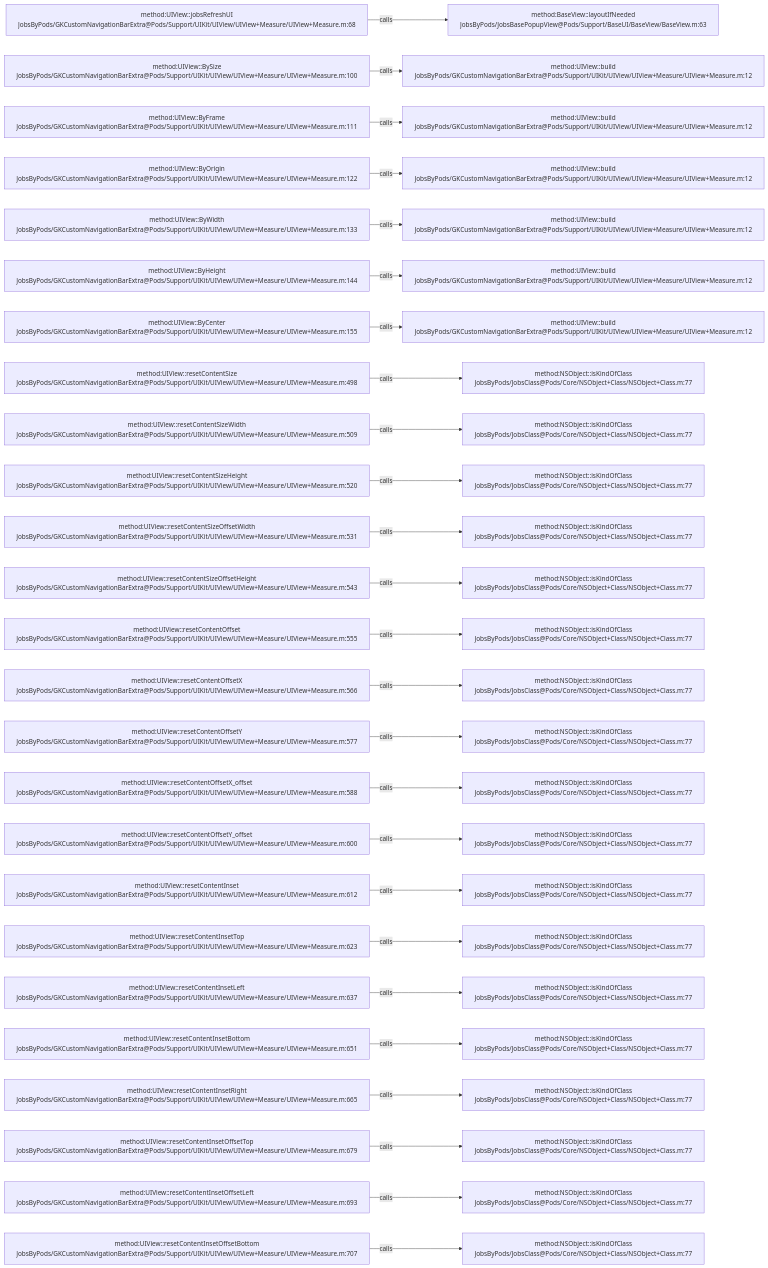
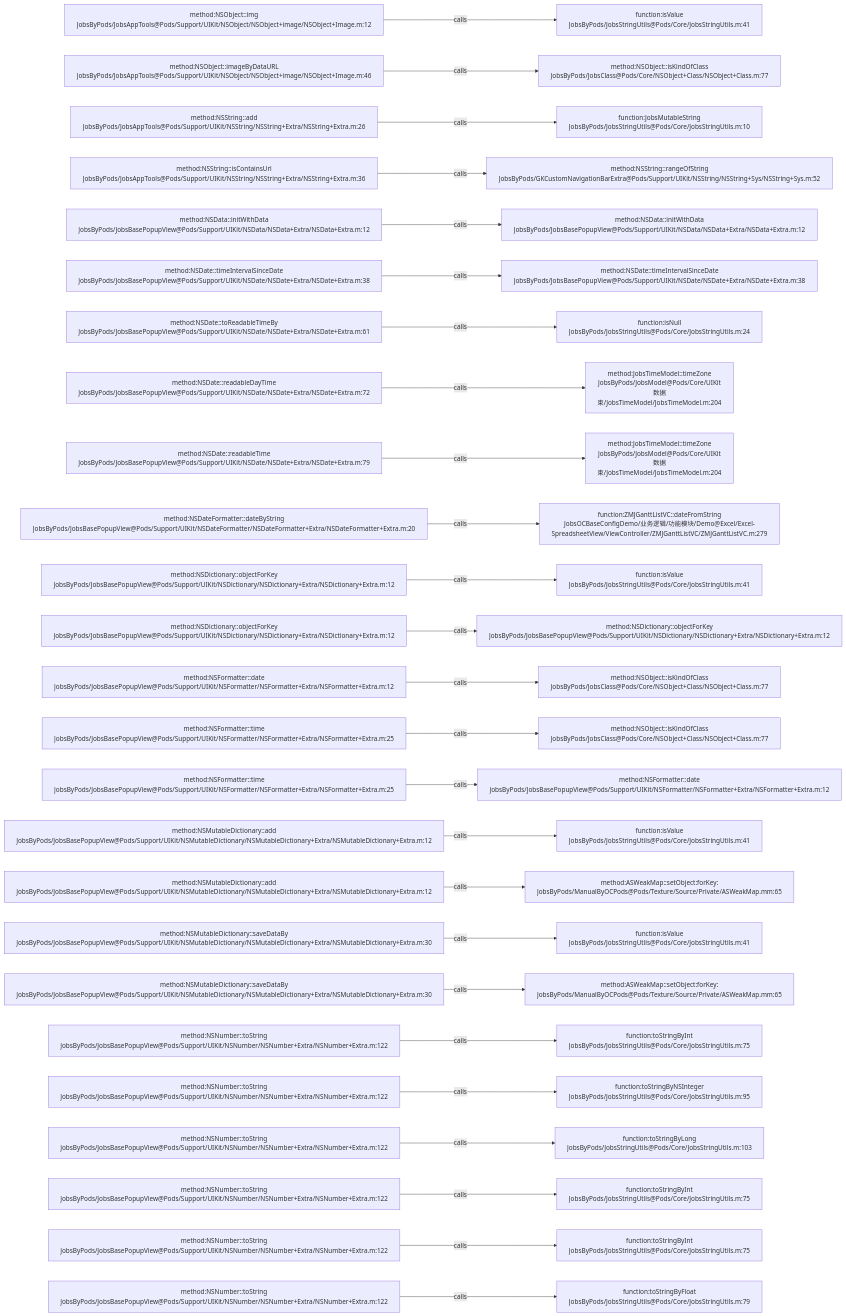
Before and after one commit to JobsKits/JobsOCBaseConfigDemo: the diagram in .codegraph/codegraph.md/graphs/calls-009.md, drawn with Mermaid. The commit also changed 573 other files, not shown here.

````diff
--- a/.codegraph/codegraph.md/graphs/calls-009.md
+++ b/.codegraph/codegraph.md/graphs/calls-009.md
@@ -13,78 +13,78 @@
 ```mermaid
 flowchart LR
-  S1["method:UIView::jobsRefreshUI<br/>JobsByPods/GKCustomNavigationBarExtra@Pods/Support/UIKit/UIView/UIView+Measure/UIView+Measure.m:68"]
-  T1["method:BaseView::layoutIfNeeded<br/>JobsByPods/JobsBasePopupView@Pods/Support/BaseUI/BaseView/BaseView.m:63"]
+  S1["method:NSObject::img<br/>JobsByPods/JobsAppTools@Pods/Support/UIKit/NSObject/NSObject+image/NSObject+Image.m:12"]
+  T1["function:isValue<br/>JobsByPods/JobsStringUtils@Pods/Core/JobsStringUtils.m:41"]
   S1 -->|calls| T1
-  S2["method:UIView::BySize<br/>JobsByPods/GKCustomNavigationBarExtra@Pods/Support/UIKit/UIView/UIView+Measure/UIView+Measure.m:100"]
-  T2["method:UIView::build<br/>JobsByPods/GKCustomNavigationBarExtra@Pods/Support/UIKit/UIView/UIView+Measure/UIView+Measure.m:12"]
+  S2["method:NSObject::imageByDataURL<br/>JobsByPods/JobsAppTools@Pods/Support/UIKit/NSObject/NSObject+image/NSObject+Image.m:46"]
+  T2["method:NSObject::isKindOfClass<br/>JobsByPods/JobsClass@Pods/Core/NSObject+Class/NSObject+Class.m:77"]
   S2 -->|calls| T2
-  S3["method:UIView::ByFrame<br/>JobsByPods/GKCustomNavigationBarExtra@Pods/Support/UIKit/UIView/UIView+Measure/UIView+Measure.m:111"]
-  T3["method:UIView::build<br/>JobsByPods/GKCustomNavigationBarExtra@Pods/Support/UIKit/UIView/UIView+Measure/UIView+Measure.m:12"]
+  S3["method:NSString::add<br/>JobsByPods/JobsAppTools@Pods/Support/UIKit/NSString/NSString+Extra/NSString+Extra.m:26"]
+  T3["function:JobsMutableString<br/>JobsByPods/JobsStringUtils@Pods/Core/JobsStringUtils.m:10"]
   S3 -->|calls| T3
-  S4["method:UIView::ByOrigin<br/>JobsByPods/GKCustomNavigationBarExtra@Pods/Support/UIKit/UIView/UIView+Measure/UIView+Measure.m:122"]
-  T4["method:UIView::build<br/>JobsByPods/GKCustomNavigationBarExtra@Pods/Support/UIKit/UIView/UIView+Measure/UIView+Measure.m:12"]
+  S4["method:NSString::isContainsUrl<br/>JobsByPods/JobsAppTools@Pods/Support/UIKit/NSString/NSString+Extra/NSString+Extra.m:36"]
+  T4["method:NSString::rangeOfString<br/>JobsByPods/GKCustomNavigationBarExtra@Pods/Support/UIKit/NSString/NSString+Sys/NSString+Sys.m:52"]
   S4 -->|calls| T4
-  S5["method:UIView::ByWidth<br/>JobsByPods/GKCustomNavigationBarExtra@Pods/Support/UIKit/UIView/UIView+Measure/UIView+Measure.m:133"]
-  T5["method:UIView::build<br/>JobsByPods/GKCustomNavigationBarExtra@Pods/Support/UIKit/UIView/UIView+Measure/UIView+Measure.m:12"]
+  S5["method:NSData::initWithData<br/>JobsByPods/JobsBasePopupView@Pods/Support/UIKit/NSData/NSData+Extra/NSData+Extra.m:12"]
+  T5["method:NSData::initWithData<br/>JobsByPods/JobsBasePopupView@Pods/Support/UIKit/NSData/NSData+Extra/NSData+Extra.m:12"]
   S5 -->|calls| T5
-  S6["method:UIView::ByHeight<br/>JobsByPods/GKCustomNavigationBarExtra@Pods/Support/UIKit/UIView/UIView+Measure/UIView+Measure.m:144"]
-  T6["method:UIView::build<br/>JobsByPods/GKCustomNavigationBarExtra@Pods/Support/UIKit/UIView/UIView+Measure/UIView+Measure.m:12"]
+  S6["method:NSDate::timeIntervalSinceDate<br/>JobsByPods/JobsBasePopupView@Pods/Support/UIKit/NSDate/NSDate+Extra/NSDate+Extra.m:38"]
+  T6["method:NSDate::timeIntervalSinceDate<br/>JobsByPods/JobsBasePopupView@Pods/Support/UIKit/NSDate/NSDate+Extra/NSDate+Extra.m:38"]
   S6 -->|calls| T6
-  S7["method:UIView::ByCenter<br/>JobsByPods/GKCustomNavigationBarExtra@Pods/Support/UIKit/UIView/UIView+Measure/UIView+Measure.m:155"]
-  T7["method:UIView::build<br/>JobsByPods/GKCustomNavigationBarExtra@Pods/Support/UIKit/UIView/UIView+Measure/UIView+Measure.m:12"]
+  S7["method:NSDate::toReadableTimeBy<br/>JobsByPods/JobsBasePopupView@Pods/Support/UIKit/NSDate/NSDate+Extra/NSDate+Extra.m:61"]
+  T7["function:isNull<br/>JobsByPods/JobsStringUtils@Pods/Core/JobsStringUtils.m:24"]
   S7 -->|calls| T7
-  S8["method:UIView::resetContentSize<br/>JobsByPods/GKCustomNavigationBarExtra@Pods/Support/UIKit/UIView/UIView+Measure/UIView+Measure.m:498"]
-  T8["method:NSObject::isKindOfClass<br/>JobsByPods/JobsClass@Pods/Core/NSObject+Class/NSObject+Class.m:77"]
+  S8["method:NSDate::readableDayTime<br/>JobsByPods/JobsBasePopupView@Pods/Support/UIKit/NSDate/NSDate+Extra/NSDate+Extra.m:72"]
+  T8["method:JobsTimeModel::timeZone<br/>JobsByPods/JobsModel@Pods/Core/UIKit数据束/JobsTimeModel/JobsTimeModel.m:204"]
   S8 -->|calls| T8
-  S9["method:UIView::resetContentSizeWidth<br/>JobsByPods/GKCustomNavigationBarExtra@Pods/Support/UIKit/UIView/UIView+Measure/UIView+Measure.m:509"]
-  T9["method:NSObject::isKindOfClass<br/>JobsByPods/JobsClass@Pods/Core/NSObject+Class/NSObject+Class.m:77"]
+  S9["method:NSDate::readableTime<br/>JobsByPods/JobsBasePopupView@Pods/Support/UIKit/NSDate/NSDate+Extra/NSDate+Extra.m:79"]
+  T9["method:JobsTimeModel::timeZone<br/>JobsByPods/JobsModel@Pods/Core/UIKit数据束/JobsTimeModel/JobsTimeModel.m:204"]
   S9 -->|calls| T9
-  S10["method:UIView::resetContentSizeHeight<br/>JobsByPods/GKCustomNavigationBarExtra@Pods/Support/UIKit/UIView/UIView+Measure/UIView+Measure.m:520"]
-  T10["method:NSObject::isKindOfClass<br/>JobsByPods/JobsClass@Pods/Core/NSObject+Class/NSObject+Class.m:77"]
+  S10["method:NSDateFormatter::dateByString<br/>JobsByPods/JobsBasePopupView@Pods/Support/UIKit/NSDateFormatter/NSDateFormatter+Extra/NSDateFormatter+Extra.m:20"]
+  T10["function:ZMJGanttListVC::dateFromString<br/>JobsOCBaseConfigDemo/业务逻辑/功能模块/Demo@Excel/Excel-SpreadsheetView/ViewController/ZMJGanttListVC/ZMJGanttListVC.m:279"]
   S10 -->|calls| T10
-  S11["method:UIView::resetContentSizeOffsetWidth<br/>JobsByPods/GKCustomNavigationBarExtra@Pods/Support/UIKit/UIView/UIView+Measure/UIView+Measure.m:531"]
-  T11["method:NSObject::isKindOfClass<br/>JobsByPods/JobsClass@Pods/Core/NSObject+Class/NSObject+Class.m:77"]
+  S11["method:NSDictionary::objectForKey<br/>JobsByPods/JobsBasePopupView@Pods/Support/UIKit/NSDictionary/NSDictionary+Extra/NSDictionary+Extra.m:12"]
+  T11["function:isValue<br/>JobsByPods/JobsStringUtils@Pods/Core/JobsStringUtils.m:41"]
   S11 -->|calls| T11
-  S12["method:UIView::resetContentSizeOffsetHeight<br/>JobsByPods/GKCustomNavigationBarExtra@Pods/Support/UIKit/UIView/UIView+Measure/UIView+Measure.m:543"]
-  T12["method:NSObject::isKindOfClass<br/>JobsByPods/JobsClass@Pods/Core/NSObject+Class/NSObject+Class.m:77"]
+  S12["method:NSDictionary::objectForKey<br/>JobsByPods/JobsBasePopupView@Pods/Support/UIKit/NSDictionary/NSDictionary+Extra/NSDictionary+Extra.m:12"]
+  T12["method:NSDictionary::objectForKey<br/>JobsByPods/JobsBasePopupView@Pods/Support/UIKit/NSDictionary/NSDictionary+Extra/NSDictionary+Extra.m:12"]
   S12 -->|calls| T12
-  S13["method:UIView::resetContentOffset<br/>JobsByPods/GKCustomNavigationBarExtra@Pods/Support/UIKit/UIView/UIView+Measure/UIView+Measure.m:555"]
+  S13["method:NSFormatter::date<br/>JobsByPods/JobsBasePopupView@Pods/Support/UIKit/NSFormatter/NSFormatter+Extra/NSFormatter+Extra.m:12"]
   T13["method:NSObject::isKindOfClass<br/>JobsByPods/JobsClass@Pods/Core/NSObject+Class/NSObject+Class.m:77"]
   S13 -->|calls| T13
-  S14["method:UIView::resetContentOffsetX<br/>JobsByPods/GKCustomNavigationBarExtra@Pods/Support/UIKit/UIView/UIView+Measure/UIView+Measure.m:566"]
+  S14["method:NSFormatter::time<br/>JobsByPods/JobsBasePopupView@Pods/Support/UIKit/NSFormatter/NSFormatter+Extra/NSFormatter+Extra.m:25"]
   T14["method:NSObject::isKindOfClass<br/>JobsByPods/JobsClass@Pods/Core/NSObject+Class/NSObject+Class.m:77"]
   S14 -->|calls| T14
-  S15["method:UIView::resetContentOffsetY<br/>JobsByPods/GKCustomNavigationBarExtra@Pods/Support/UIKit/UIView/UIView+Measure/UIView+Measure.m:577"]
-  T15["method:NSObject::isKindOfClass<br/>JobsByPods/JobsClass@Pods/Core/NSObject+Class/NSObject+Class.m:77"]
+  S15["method:NSFormatter::time<br/>JobsByPods/JobsBasePopupView@Pods/Support/UIKit/NSFormatter/NSFormatter+Extra/NSFormatter+Extra.m:25"]
+  T15["method:NSFormatter::date<br/>JobsByPods/JobsBasePopupView@Pods/Support/UIKit/NSFormatter/NSFormatter+Extra/NSFormatter+Extra.m:12"]
   S15 -->|calls| T15
-  S16["method:UIView::resetContentOffsetX_offset<br/>JobsByPods/GKCustomNavigationBarExtra@Pods/Support/UIKit/UIView/UIView+Measure/UIView+Measure.m:588"]
-  T16["method:NSObject::isKindOfClass<br/>JobsByPods/JobsClass@Pods/Core/NSObject+Class/NSObject+Class.m:77"]
+  S16["method:NSMutableDictionary::add<br/>JobsByPods/JobsBasePopupView@Pods/Support/UIKit/NSMutableDictionary/NSMutableDictionary+Extra/NSMutableDictionary+Extra.m:12"]
+  T16["function:isValue<br/>JobsByPods/JobsStringUtils@Pods/Core/JobsStringUtils.m:41"]
   S16 -->|calls| T16
-  S17["method:UIView::resetContentOffsetY_offset<br/>JobsByPods/GKCustomNavigationBarExtra@Pods/Support/UIKit/UIView/UIView+Measure/UIView+Measure.m:600"]
-  T17["method:NSObject::isKindOfClass<br/>JobsByPods/JobsClass@Pods/Core/NSObject+Class/NSObject+Class.m:77"]
+  S17["method:NSMutableDictionary::add<br/>JobsByPods/JobsBasePopupView@Pods/Support/UIKit/NSMutableDictionary/NSMutableDictionary+Extra/NSMutableDictionary+Extra.m:12"]
+  T17["method:ASWeakMap::setObject:forKey:<br/>JobsByPods/ManualByOCPods@Pods/Texture/Source/Private/ASWeakMap.mm:65"]
   S17 -->|calls| T17
-  S18["method:UIView::resetContentInset<br/>JobsByPods/GKCustomNavigationBarExtra@Pods/Support/UIKit/UIView/UIView+Measure/UIView+Measure.m:612"]
-  T18["method:NSObject::isKindOfClass<br/>JobsByPods/JobsClass@Pods/Core/NSObject+Class/NSObject+Class.m:77"]
+  S18["method:NSMutableDictionary::saveDataBy<br/>JobsByPods/JobsBasePopupView@Pods/Support/UIKit/NSMutableDictionary/NSMutableDictionary+Extra/NSMutableDictionary+Extra.m:30"]
+  T18["function:isValue<br/>JobsByPods/JobsStringUtils@Pods/Core/JobsStringUtils.m:41"]
   S18 -->|calls| T18
-  S19["method:UIView::resetContentInsetTop<br/>JobsByPods/GKCustomNavigationBarExtra@Pods/Support/UIKit/UIView/UIView+Measure/UIView+Measure.m:623"]
-  T19["method:NSObject::isKindOfClass<br/>JobsByPods/JobsClass@Pods/Core/NSObject+Class/NSObject+Class.m:77"]
+  S19["method:NSMutableDictionary::saveDataBy<br/>JobsByPods/JobsBasePopupView@Pods/Support/UIKit/NSMutableDictionary/NSMutableDictionary+Extra/NSMutableDictionary+Extra.m:30"]
+  T19["method:ASWeakMap::setObject:forKey:<br/>JobsByPods/ManualByOCPods@Pods/Texture/Source/Private/ASWeakMap.mm:65"]
   S19 -->|calls| T19
-  S20["method:UIView::resetContentInsetLeft<br/>JobsByPods/GKCustomNavigationBarExtra@Pods/Support/UIKit/UIView/UIView+Measure/UIView+Measure.m:637"]
-  T20["method:NSObject::isKindOfClass<br/>JobsByPods/JobsClass@Pods/Core/NSObject+Class/NSObject+Class.m:77"]
+  S20["method:NSNumber::toString<br/>JobsByPods/JobsBasePopupView@Pods/Support/UIKit/NSNumber/NSNumber+Extra/NSNumber+Extra.m:122"]
+  T20["function:toStringByInt<br/>JobsByPods/JobsStringUtils@Pods/Core/JobsStringUtils.m:75"]
   S20 -->|calls| T20
-  S21["method:UIView::resetContentInsetBottom<br/>JobsByPods/GKCustomNavigationBarExtra@Pods/Support/UIKit/UIView/UIView+Measure/UIView+Measure.m:651"]
-  T21["method:NSObject::isKindOfClass<br/>JobsByPods/JobsClass@Pods/Core/NSObject+Class/NSObject+Class.m:77"]
+  S21["method:NSNumber::toString<br/>JobsByPods/JobsBasePopupView@Pods/Support/UIKit/NSNumber/NSNumber+Extra/NSNumber+Extra.m:122"]
+  T21["function:toStringByNSInteger<br/>JobsByPods/JobsStringUtils@Pods/Core/JobsStringUtils.m:95"]
   S21 -->|calls| T21
-  S22["method:UIView::resetContentInsetRight<br/>JobsByPods/GKCustomNavigationBarExtra@Pods/Support/UIKit/UIView/UIView+Measure/UIView+Measure.m:665"]
-  T22["method:NSObject::isKindOfClass<br/>JobsByPods/JobsClass@Pods/Core/NSObject+Class/NSObject+Class.m:77"]
+  S22["method:NSNumber::toString<br/>JobsByPods/JobsBasePopupView@Pods/Support/UIKit/NSNumber/NSNumber+Extra/NSNumber+Extra.m:122"]
+  T22["function:toStringByLong<br/>JobsByPods/JobsStringUtils@Pods/Core/JobsStringUtils.m:103"]
   S22 -->|calls| T22
-  S23["method:UIView::resetContentInsetOffsetTop<br/>JobsByPods/GKCustomNavigationBarExtra@Pods/Support/UIKit/UIView/UIView+Measure/UIView+Measure.m:679"]
-  T23["method:NSObject::isKindOfClass<br/>JobsByPods/JobsClass@Pods/Core/NSObject+Class/NSObject+Class.m:77"]
+  S23["method:NSNumber::toString<br/>JobsByPods/JobsBasePopupView@Pods/Support/UIKit/NSNumber/NSNumber+Extra/NSNumber+Extra.m:122"]
+  T23["function:toStringByInt<br/>JobsByPods/JobsStringUtils@Pods/Core/JobsStringUtils.m:75"]
   S23 -->|calls| T23
-  S24["method:UIView::resetContentInsetOffsetLeft<br/>JobsByPods/GKCustomNavigationBarExtra@Pods/Support/UIKit/UIView/UIView+Measure/UIView+Measure.m:693"]
-  T24["method:NSObject::isKindOfClass<br/>JobsByPods/JobsClass@Pods/Core/NSObject+Class/NSObject+Class.m:77"]
+  S24["method:NSNumber::toString<br/>JobsByPods/JobsBasePopupView@Pods/Support/UIKit/NSNumber/NSNumber+Extra/NSNumber+Extra.m:122"]
+  T24["function:toStringByInt<br/>JobsByPods/JobsStringUtils@Pods/Core/JobsStringUtils.m:75"]
   S24 -->|calls| T24
-  S25["method:UIView::resetContentInsetOffsetBottom<br/>JobsByPods/GKCustomNavigationBarExtra@Pods/Support/UIKit/UIView/UIView+Measure/UIView+Measure.m:707"]
-  T25["method:NSObject::isKindOfClass<br/>JobsByPods/JobsClass@Pods/Core/NSObject+Class/NSObject+Class.m:77"]
+  S25["method:NSNumber::toString<br/>JobsByPods/JobsBasePopupView@Pods/Support/UIKit/NSNumber/NSNumber+Extra/NSNumber+Extra.m:122"]
+  T25["function:toStringByFloat<br/>JobsByPods/JobsStringUtils@Pods/Core/JobsStringUtils.m:79"]
   S25 -->|calls| T25
 ```
````
